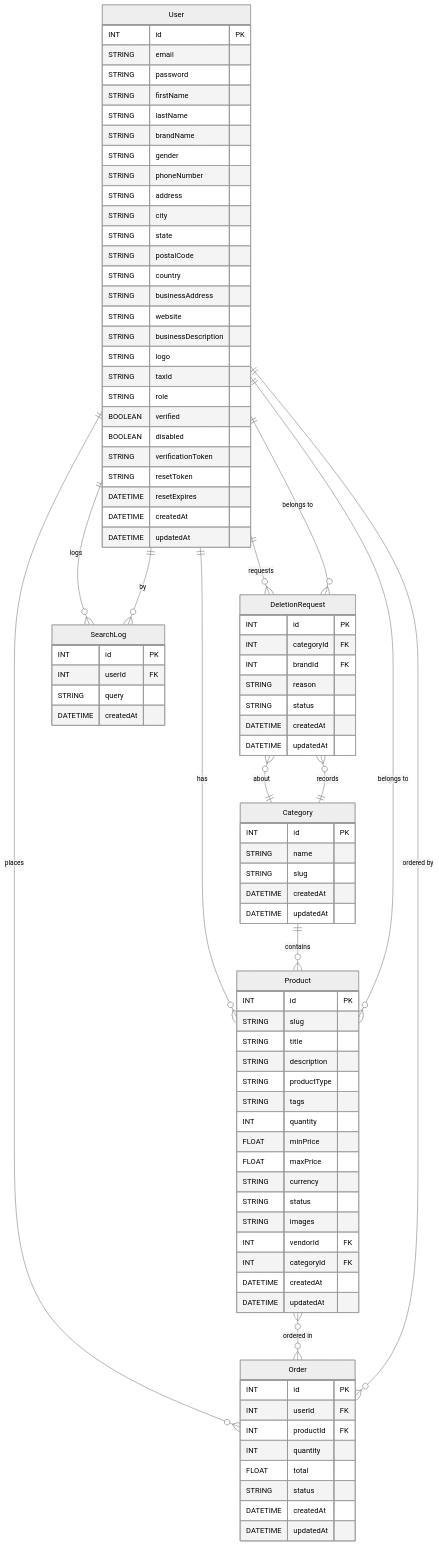
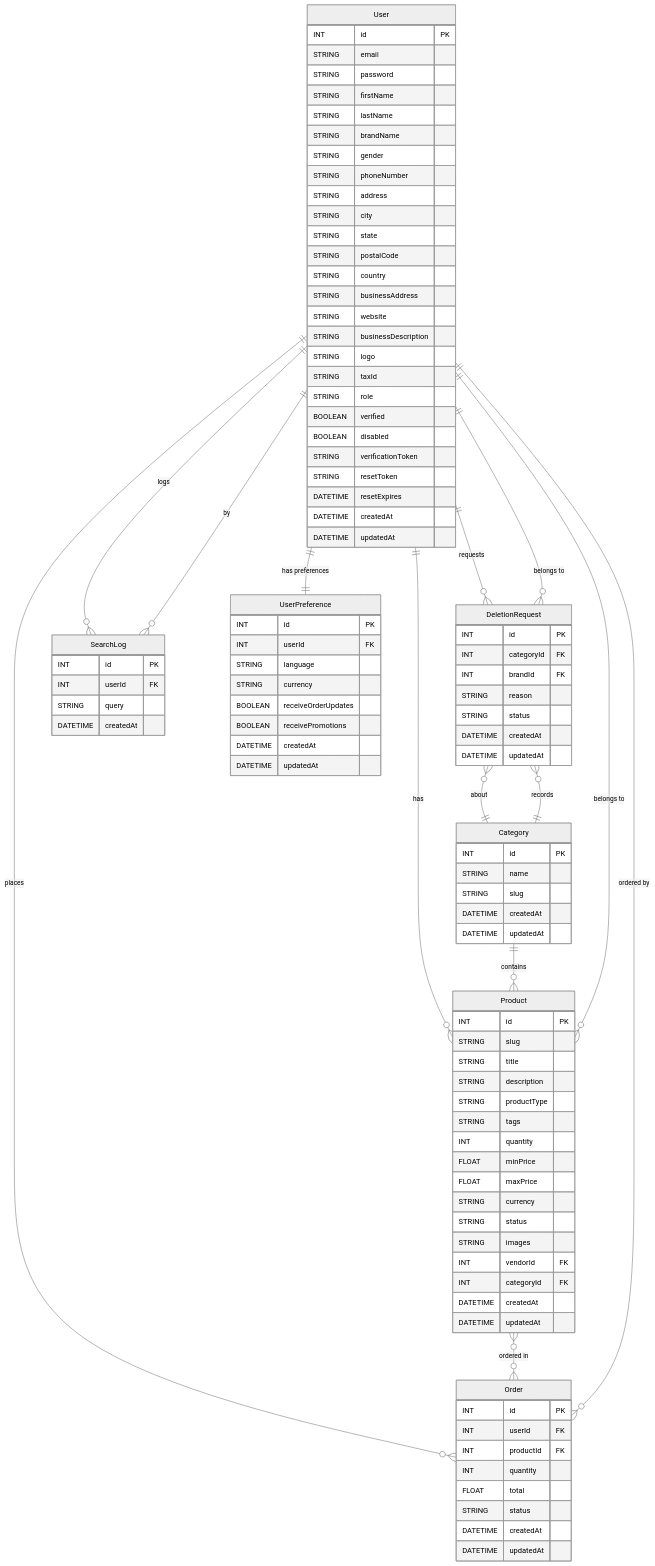
Before and after one commit to junaidaziz/ecommerce-search: the diagram in docs/ERD.md, drawn with Mermaid (neutral theme). The commit also changed 9 other files, not shown here.

Commit message:
Add user preferences feature with language, currency, and communication settings

```diff
--- a/docs/ERD.md
+++ b/docs/ERD.md
@@ -80,11 +80,22 @@
       STRING query
       DATETIME createdAt
     }
+    UserPreference {
+      INT id PK
+      INT userId FK
+      STRING language
+      STRING currency
+      BOOLEAN receiveOrderUpdates
+      BOOLEAN receivePromotions
+      DATETIME createdAt
+      DATETIME updatedAt
+    }
 
     User ||--o{ Product : "has"
     User ||--o{ Order : "places"
     User ||--o{ DeletionRequest : "requests"
     User ||--o{ SearchLog : "logs"
+    User ||--|| UserPreference : "has preferences"
     Category ||--o{ Product : "contains"
     Category ||--o{ DeletionRequest : "records"
     Product }o--o{ Order : "ordered in"
```
